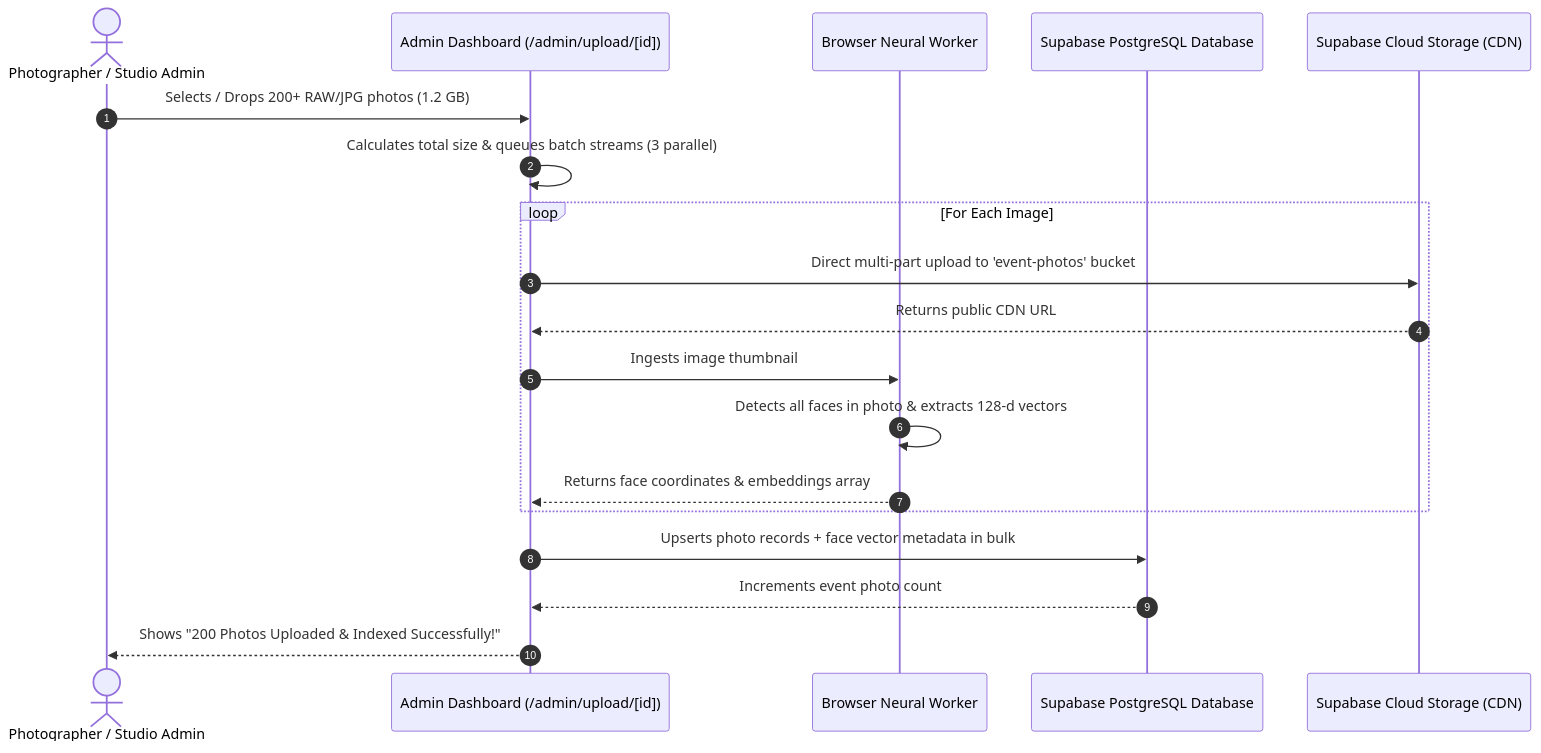
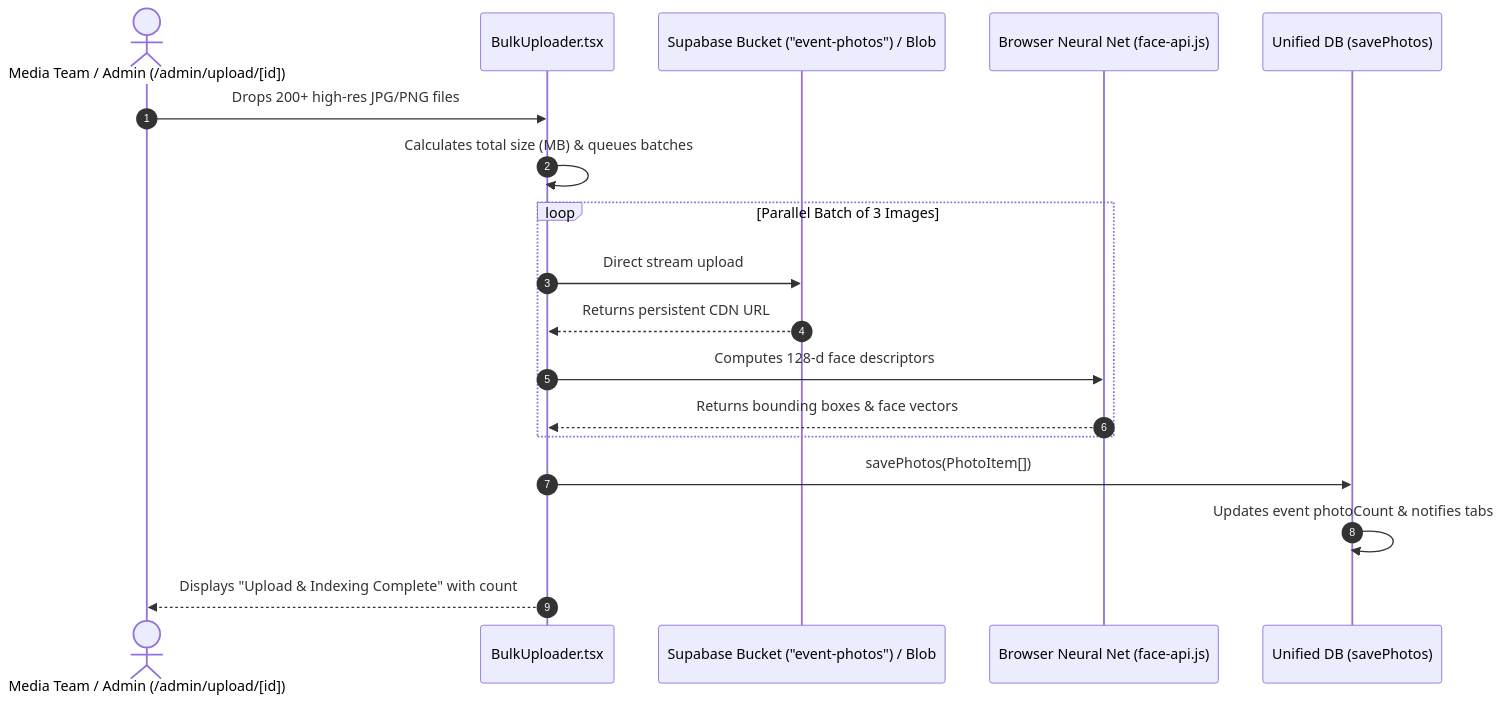
One commit to armmann9/photouploader changed the second of 3 diagrams in SYSTEM_ARCHITECTURE_AND_CODE_GUIDE.md. Above: the diagram before and after it, drawn with Mermaid. The commit also changed other lines of this file and 18 other files, not shown here.

````diff
--- a/SYSTEM_ARCHITECTURE_AND_CODE_GUIDE.md
+++ b/SYSTEM_ARCHITECTURE_AND_CODE_GUIDE.md
@@ -66,22 +72,21 @@
 ```mermaid
 sequenceDiagram
     autonumber
-    actor Photog as Photographer / Studio Admin
-    participant Admin as Admin Dashboard (/admin/upload/[id])
-    participant AI as Browser Neural Worker
-    participant DB as Supabase PostgreSQL Database
-    participant Storage as Supabase Cloud Storage (CDN)
+    actor Photog as Media Team / Admin (/admin/upload/[id])
+    participant Uploader as BulkUploader.tsx
+    participant Storage as Supabase Bucket ("event-photos") / Blob
+    participant AI as Browser Neural Net (face-api.js)
+    participant DB as Unified DB (savePhotos)
 
-    Photog->>Admin: Selects / Drops 200+ RAW/JPG photos (1.2 GB)
-    Admin->>Admin: Calculates total size & queues batch streams (3 parallel)
-    loop For Each Image
-        Admin->>Storage: Direct multi-part upload to 'event-photos' bucket
-        Storage-->>Admin: Returns public CDN URL
-        Admin->>AI: Ingests image thumbnail
-        AI->>AI: Detects all faces in photo & extracts 128-d vectors
-        AI-->>Admin: Returns face coordinates & embeddings array
+    Photog->>Uploader: Drops 200+ high-res JPG/PNG files
+    Uploader->>Uploader: Calculates total size (MB) & queues batches
+    loop Parallel Batch of 3 Images
+        Uploader->>Storage: Direct stream upload
+        Storage-->>Uploader: Returns persistent CDN URL
+        Uploader->>AI: Computes 128-d face descriptors
+        AI-->>Uploader: Returns bounding boxes & face vectors
     end
-    Admin->>DB: Upserts photo records + face vector metadata in bulk
-    DB-->>Admin: Increments event photo count
-    Admin-->>Photog: Shows "200 Photos Uploaded & Indexed Successfully!"
+    Uploader->>DB: savePhotos(PhotoItem[])
+    DB->>DB: Updates event photoCount & notifies tabs
+    Uploader-->>Photog: Displays "Upload & Indexing Complete" with count
 ```
````
